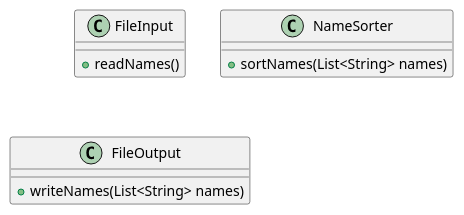
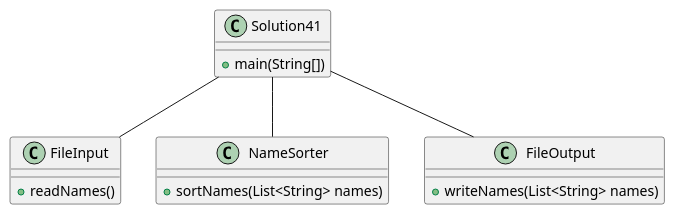
One commit to BlakeLoch/lochmandy-a04 changed the diagram in exercise41/docs/ClassDiagram.puml. Above: the diagram before and after it, drawn with PlantUML. The commit also changed 11 other files, not shown here.

Commit message:
Adjust Class Diagrams

```diff
--- a/exercise41/docs/ClassDiagram.puml
+++ b/exercise41/docs/ClassDiagram.puml
@@ -1,16 +1,24 @@
 @startuml
 
 class FileInput {
   +readNames()
 }
 
 class NameSorter {
   +sortNames(List<String> names)
 }
 
 class FileOutput {
   +writeNames(List<String> names)
 }
 
+class Solution41 {
++main(String[])
+}
+
+Solution41 -- FileInput
+Solution41 -- NameSorter
+Solution41 -- FileOutput
+
 
 @enduml
```
